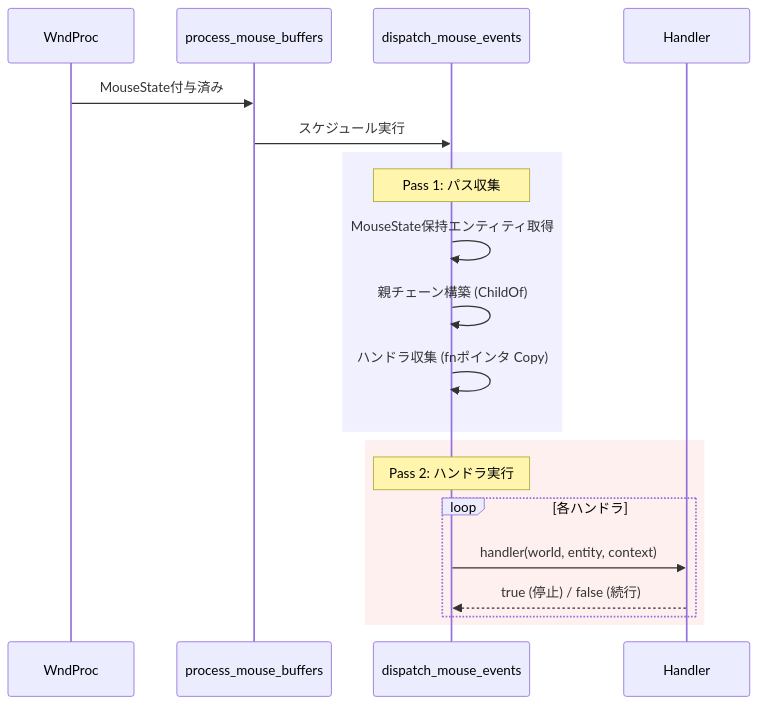
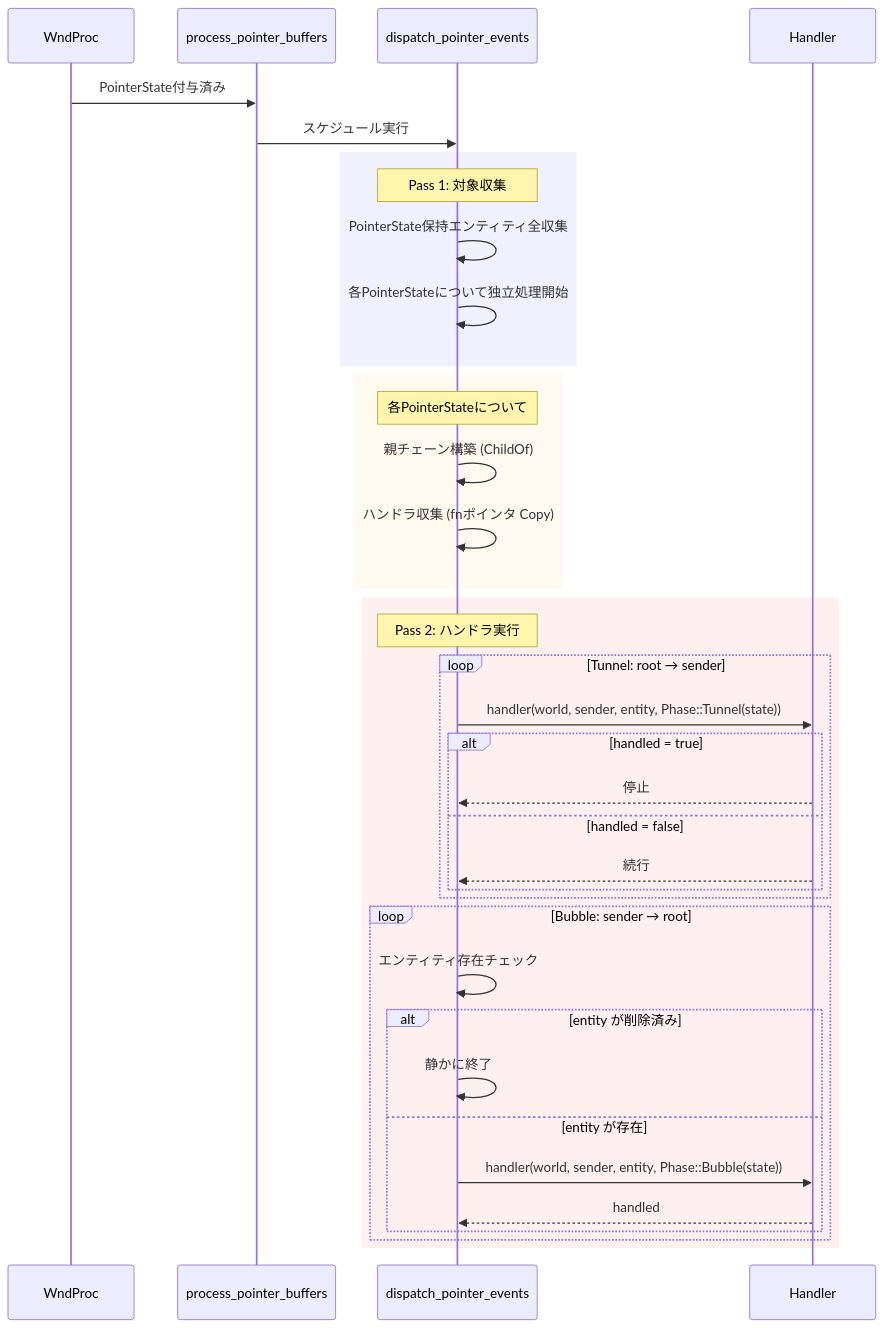
The second of 3 diagrams in .kiro/specs/event-dispatch/design.md (ekicyou/dcomp_sample-rs), drawn with Mermaid before and after one commit. The commit also changed other lines of this file and 10 other files, not shown here.

````diff
--- a/.kiro/specs/event-dispatch/design.md
+++ b/.kiro/specs/event-dispatch/design.md
@@ -101,25 +116,43 @@
 ```mermaid
 sequenceDiagram
     participant WP as WndProc
-    participant PMB as process_mouse_buffers
-    participant DME as dispatch_mouse_events
+    participant PPB as process_pointer_buffers
+    participant DPE as dispatch_pointer_events
     participant H as Handler
 
-    WP->>PMB: MouseState付与済み
-    PMB->>DME: スケジュール実行
+    WP->>PPB: PointerState付与済み
+    PPB->>DPE: スケジュール実行
     
     rect rgb(240, 240, 255)
-        Note over DME: Pass 1: パス収集
-        DME->>DME: MouseState保持エンティティ取得
-        DME->>DME: 親チェーン構築 (ChildOf)
-        DME->>DME: ハンドラ収集 (fnポインタ Copy)
+        Note over DPE: Pass 1: 対象収集
+        DPE->>DPE: PointerState保持エンティティ全収集
+        DPE->>DPE: 各PointerStateについて独立処理開始
+    end
+    
+    rect rgb(255, 250, 240)
+        Note over DPE: 各PointerStateについて
+        DPE->>DPE: 親チェーン構築 (ChildOf)
+        DPE->>DPE: ハンドラ収集 (fnポインタ Copy)
     end
     
     rect rgb(255, 240, 240)
-        Note over DME: Pass 2: ハンドラ実行
-        loop 各ハンドラ
-            DME->>H: handler(world, entity, context)
-            H-->>DME: true (停止) / false (続行)
+        Note over DPE: Pass 2: ハンドラ実行
+        loop Tunnel: root → sender
+            DPE->>H: handler(world, sender, entity, Phase::Tunnel(state))
+            alt handled = true
+                H-->>DPE: 停止
+            else handled = false
+                H-->>DPE: 続行
+            end
+        end
+        loop Bubble: sender → root
+            DPE->>DPE: エンティティ存在チェック
+            alt entity が削除済み
+                DPE->>DPE: 静かに終了
+            else entity が存在
+                DPE->>H: handler(world, sender, entity, Phase::Bubble(state))
+                H-->>DPE: handled
+            end
         end
     end
 ```
````
